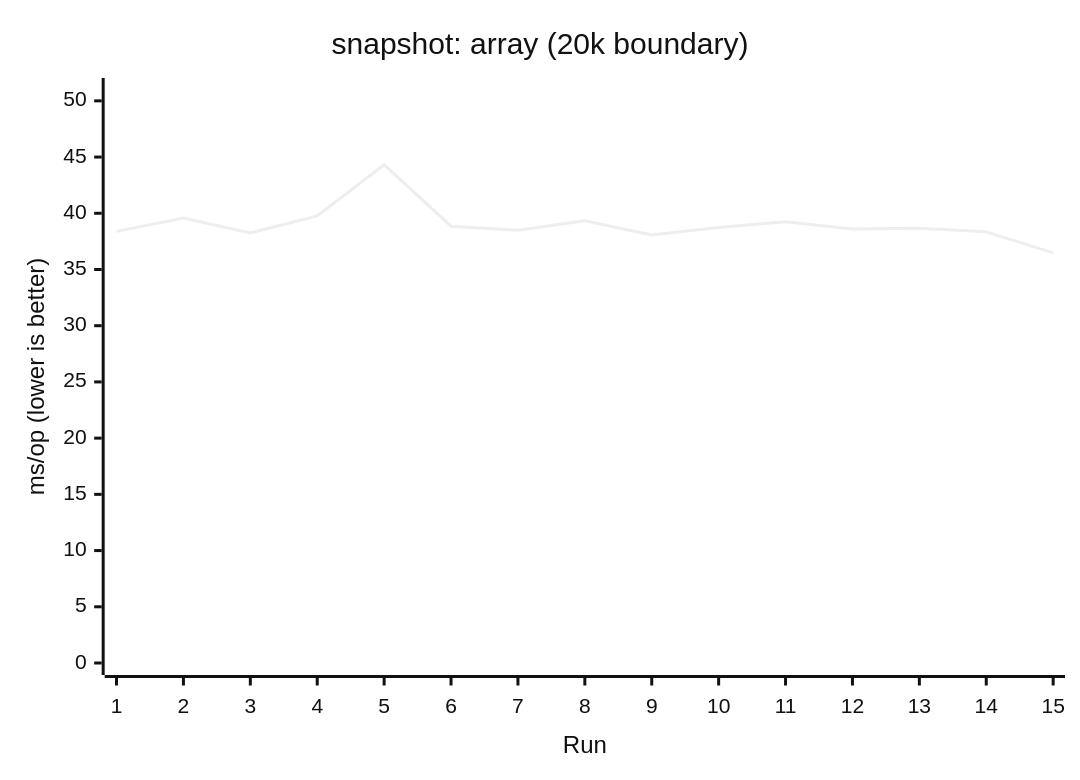
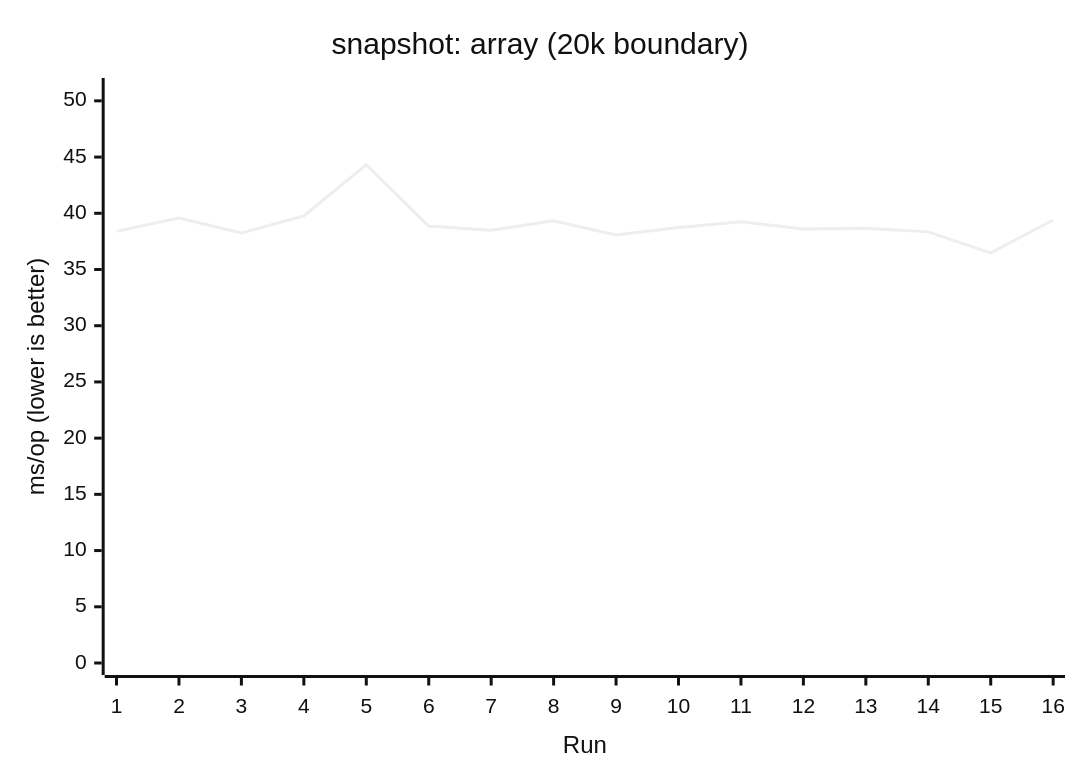
Before and after one commit to AIluffy/io: the first of 17 diagrams in apps/docs/src/content/docs/en/guides/benchmark.mdx, drawn with Mermaid (neutral theme). The commit also changed other lines of this file and 25 other files, not shown here.

````diff
--- a/apps/docs/src/content/docs/en/guides/benchmark.mdx
+++ b/apps/docs/src/content/docs/en/guides/benchmark.mdx
@@ -181,7 +178,7 @@
 ```mermaid
 xychart-beta
   title "snapshot: array (20k boundary)"
-  x-axis "Run" [1, 2, 3, 4, 5, 6, 7, 8, 9, 10, 11, 12, 13, 14, 15]
+  x-axis "Run" [1, 2, 3, 4, 5, 6, 7, 8, 9, 10, 11, 12, 13, 14, 15, 16]
   y-axis "ms/op (lower is better)" 0 --> 50.9648
-  line [38.3919, 39.5763, 38.256, 39.7677, 44.3172, 38.8518, 38.4879, 39.3373, 38.0714, 38.7314, 39.2405, 38.6115, 38.6693, 38.3462, 36.4813]
+  line [38.3919, 39.5763, 38.256, 39.7677, 44.3172, 38.8518, 38.4879, 39.3373, 38.0714, 38.7314, 39.2405, 38.6115, 38.6693, 38.3462, 36.4813, 39.4055]
 ```
````
